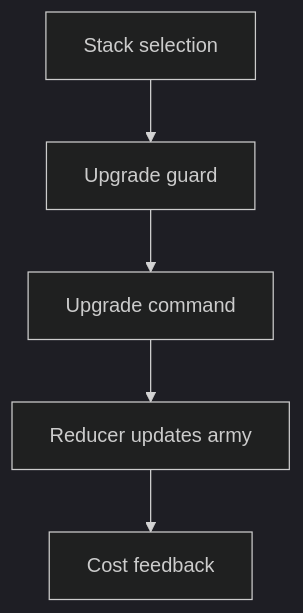
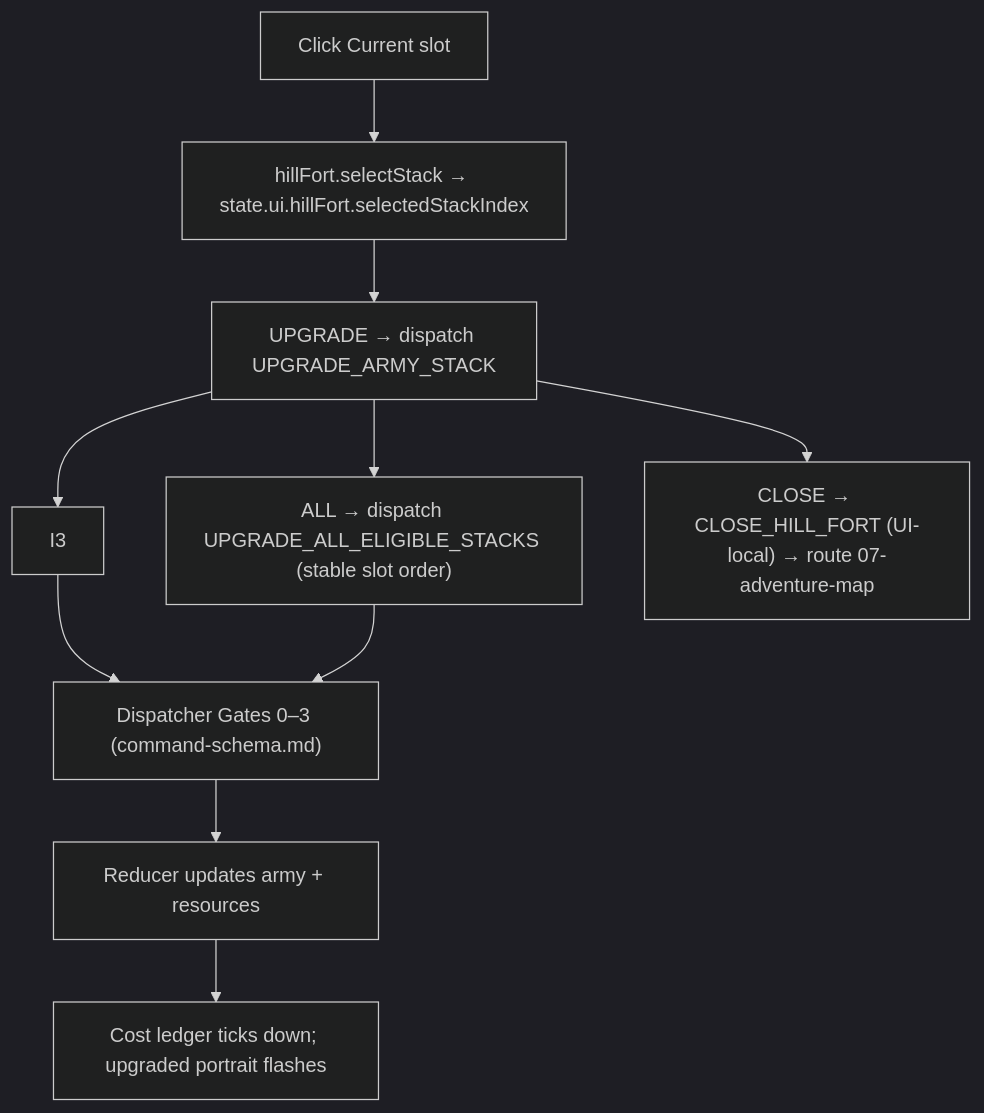
The third of 5 diagrams in docs/architecture/wiki/screens/13-hill-fort/architecture.md (SunaNoOshiro/Heroes_Reforged_AI_Realms), drawn with Mermaid (dark theme) before and after one commit. The commit also changed other lines of this file and 518 other files, not shown here.

First line of the commit message:
Add doc-audit skill and sweep architecture/screen docs

````diff
--- a/docs/architecture/wiki/screens/13-hill-fort/architecture.md
+++ b/docs/architecture/wiki/screens/13-hill-fort/architecture.md
@@ -42,8 +50,12 @@
 ```mermaid
 flowchart TD
-  I0["Stack selection"] --> I1
-  I1["Upgrade guard"] --> I2
-  I2["Upgrade command"] --> I3
-  I3["Reducer updates army"] --> I4
-  I4["Cost feedback"]
+  I0["Click Current slot"] --> I1
+  I1["hillFort.selectStack → state.ui.hillFort.selectedStackIndex"] --> I2
+  I2["UPGRADE → dispatch UPGRADE_ARMY_STACK"] --> I3
+  I2 --> I4["ALL → dispatch UPGRADE_ALL_ELIGIBLE_STACKS (stable slot order)"]
+  I3 --> I5["Dispatcher Gates 0–3 (command-schema.md)"]
+  I4 --> I5
+  I5 --> I6["Reducer updates army + resources"]
+  I6 --> I7["Cost ledger ticks down; upgraded portrait flashes"]
+  I2 --> I8["CLOSE → CLOSE_HILL_FORT (UI-local) → route 07-adventure-map"]
 ```
````
